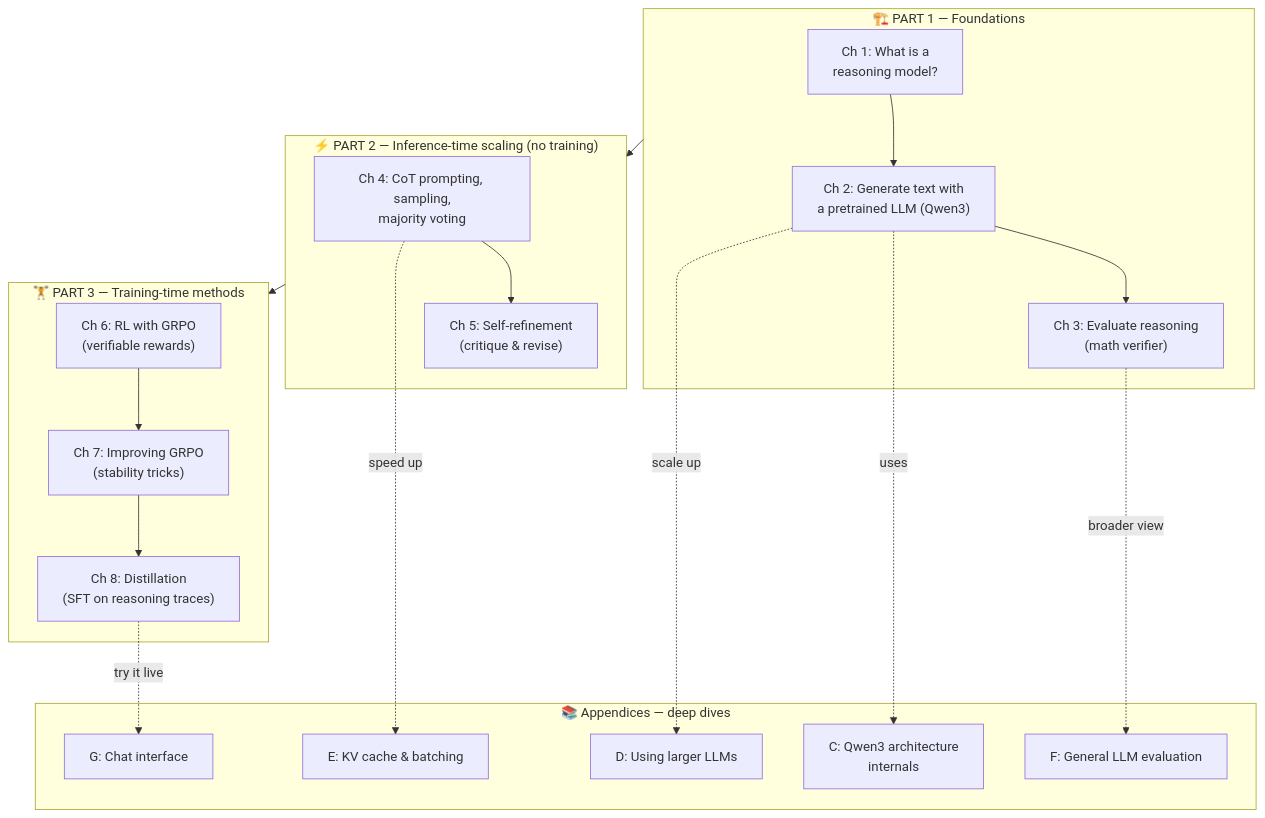
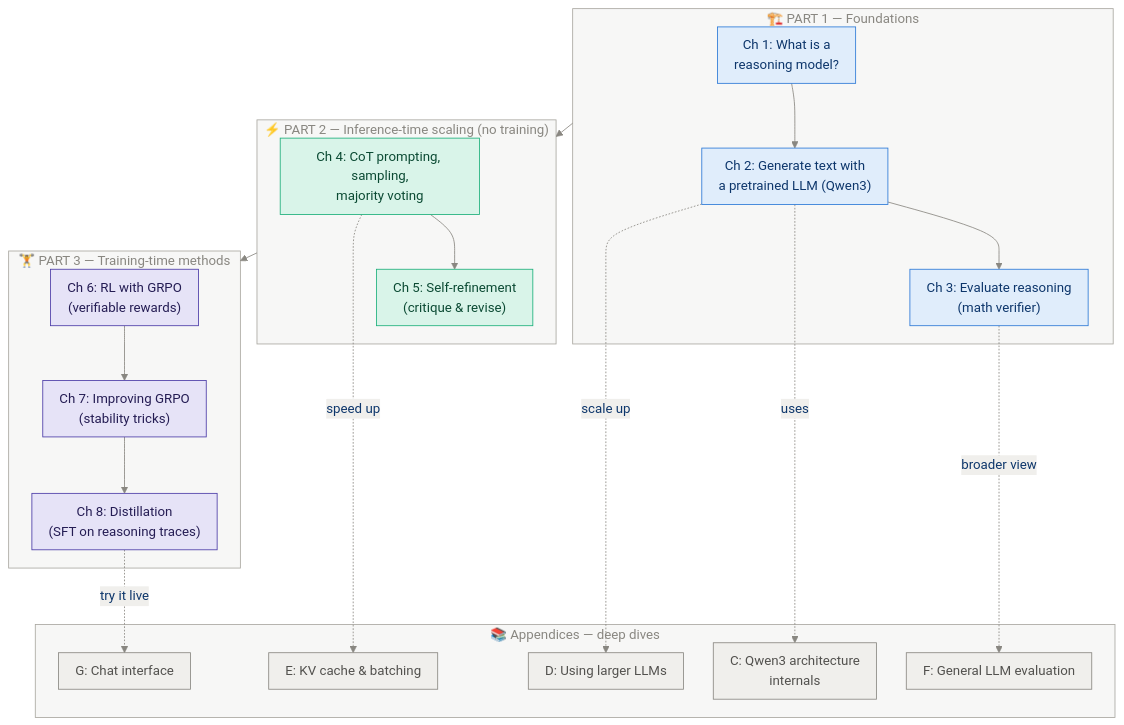
The first of 2 diagrams in README.md (sudhanshu-shivam-dev/reasoning_model_from_scratch), drawn with Mermaid before and after one commit. The commit also changed other lines of this file and 14 other files, not shown here.

First line of the commit message:
Restyle all 54 diagrams: consistent palette, semantic colors, better spacing

````diff
--- a/README.md
+++ b/README.md
@@ -19,38 +19,45 @@
 ```mermaid
+%%{init: {"theme":"base","themeVariables":{"primaryColor":"#e0edfb","primaryTextColor":"#0d366b","primaryBorderColor":"#2a78d6","lineColor":"#898781","textColor":"#52514e","edgeLabelBackground":"#f0efec","clusterBkg":"rgba(137,135,129,0.07)","clusterBorder":"#a9a7a0","titleColor":"#898781"},"flowchart":{"nodeSpacing":36,"rankSpacing":44,"curve":"basis","padding":10}}}%%
 flowchart TB
     subgraph P1["🏗️ PART 1 — Foundations"]
         C1["Ch 1: What is a<br/>reasoning model?"]
         C2["Ch 2: Generate text with<br/>a pretrained LLM (Qwen3)"]
         C3["Ch 3: Evaluate reasoning<br/>(math verifier)"]
         C1 --> C2 --> C3
     end
 
     subgraph P2["⚡ PART 2 — Inference-time scaling (no training)"]
         C4["Ch 4: CoT prompting, sampling,<br/>majority voting"]
         C5["Ch 5: Self-refinement<br/>(critique & revise)"]
         C4 --> C5
     end
 
     subgraph P3["🏋️ PART 3 — Training-time methods"]
         C6["Ch 6: RL with GRPO<br/>(verifiable rewards)"]
         C7["Ch 7: Improving GRPO<br/>(stability tricks)"]
         C8["Ch 8: Distillation<br/>(SFT on reasoning traces)"]
         C6 --> C7 --> C8
     end
 
     P1 --> P2 --> P3
 
     subgraph APX["📚 Appendices — deep dives"]
         AC["C: Qwen3 architecture<br/>internals"]
         AD["D: Using larger LLMs"]
         AE["E: KV cache & batching"]
         AF["F: General LLM evaluation"]
         AG["G: Chat interface"]
     end
 
     C2 -.uses.-> AC
     C2 -.scale up.-> AD
     C4 -.speed up.-> AE
     C3 -.broader view.-> AF
     C8 -.try it live.-> AG
+    classDef data fill:#d9f4e9,stroke:#1baf7a,color:#0b4a33
+    classDef model fill:#e6e3f7,stroke:#4a3aa7,color:#251d54
+    classDef dim fill:#f0efec,stroke:#898781,color:#52514e
+    class C4,C5 data
+    class C6,C7,C8 model
+    class AC,AD,AE,AF,AG dim
 ```
````
